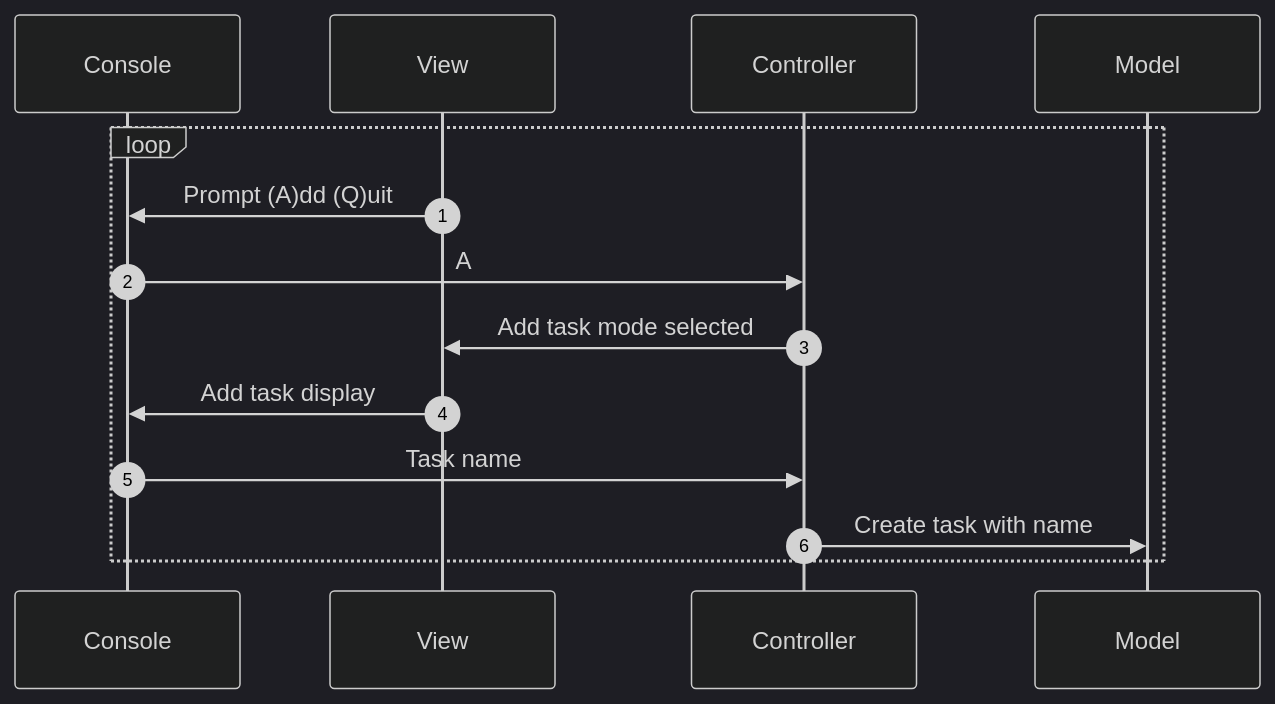
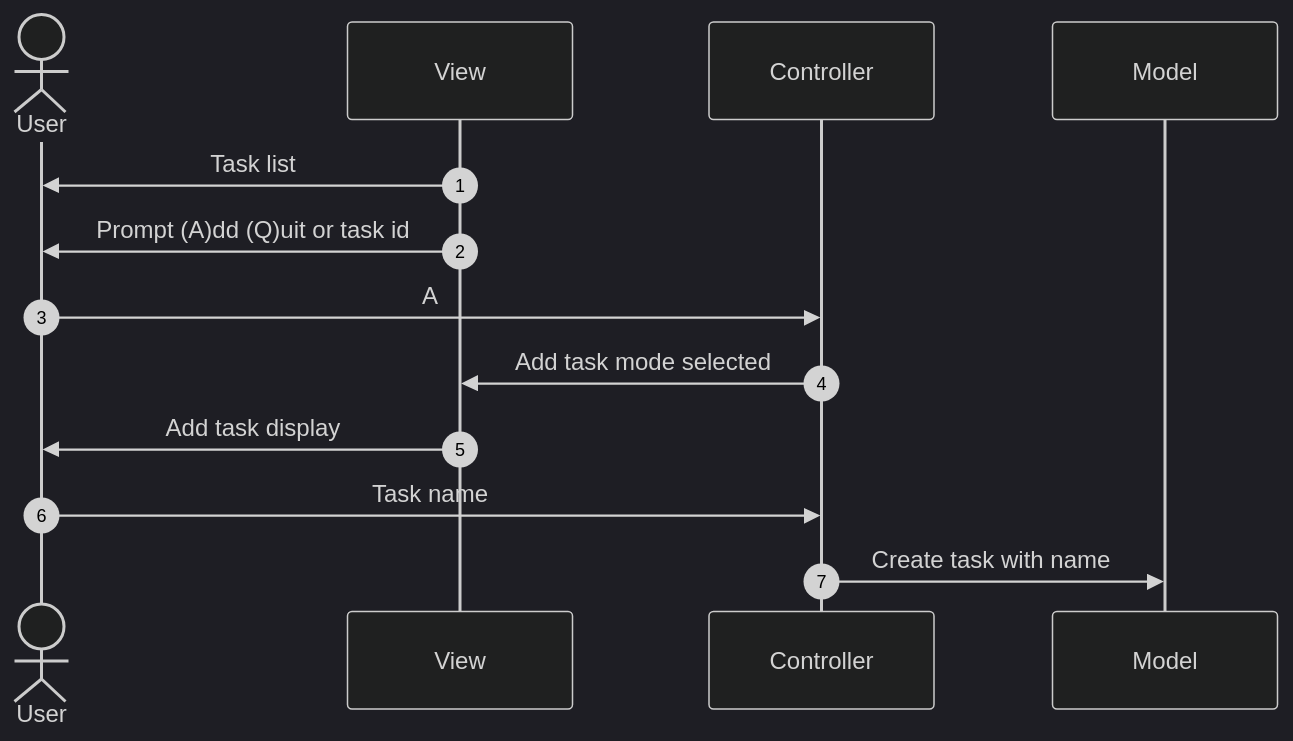
Before and after one commit to armakuni/csharp-katas: the second of 3 diagrams in task-list/README.md, drawn with Mermaid (dark theme). The commit also changed other lines of this file, not shown here.

Commit message:
Diagrams were still a bit inscrutable

````diff
--- a/task-list/README.md
+++ b/task-list/README.md
@@ -51,18 +51,18 @@
 ```mermaid
 sequenceDiagram
 	autonumber
-	participant O as Console
+	Actor O as User
 	participant V as View
 	participant C as Controller
 	participant M as Model
-	
-	loop
-	
-			V->>O: Prompt (A)dd (Q)uit
+
+		V->>O: Task list
+		V->>O: Prompt (A)dd (Q)uit or task id
+
 			O->>C: A
 			C->>V: Add task mode selected
 			V->>O: Add task display
 			O->>C: Task name
 			C->>M: Create task with name
-	end
+	
 ```
````
